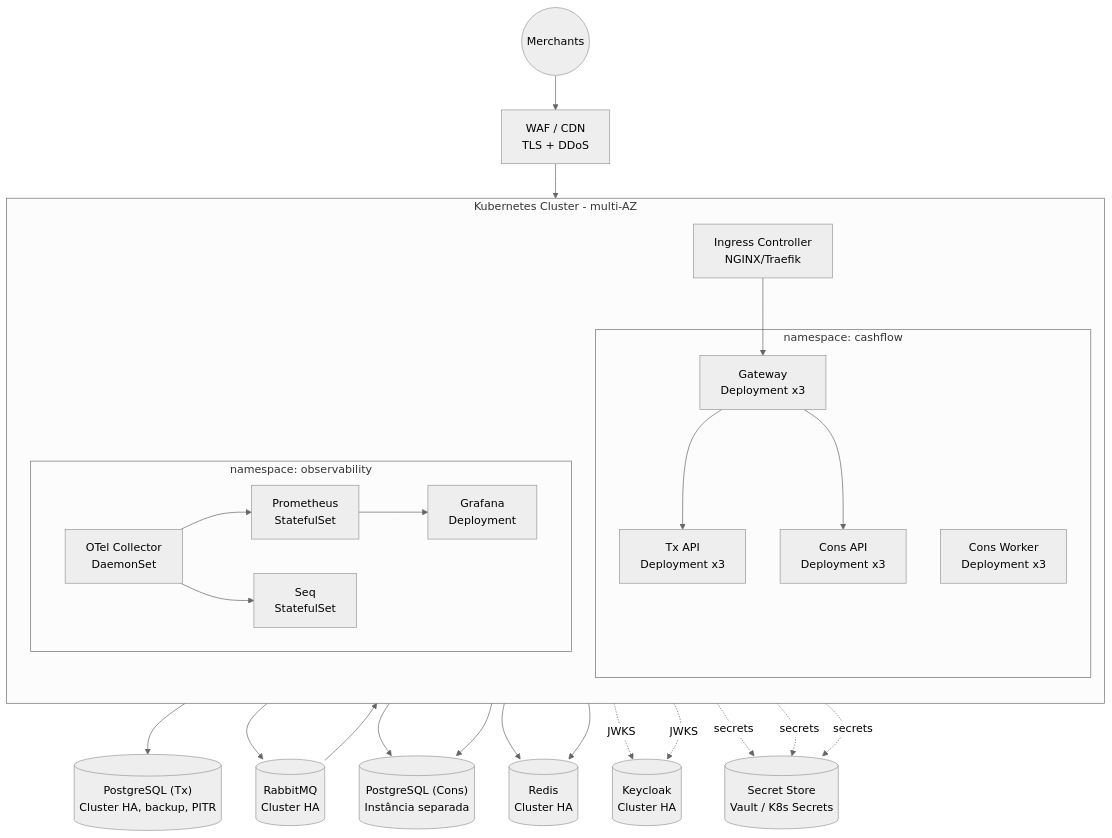
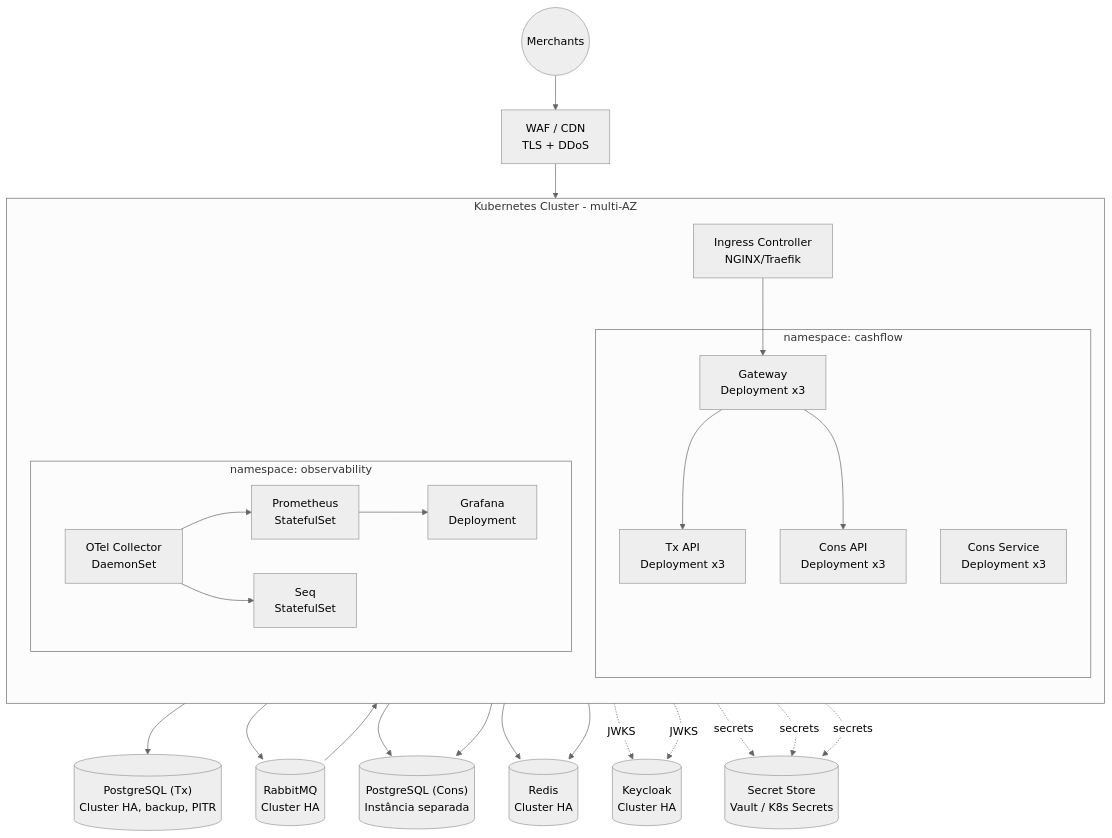
The third of 4 diagrams in docs/architecture/deployment.md (vldmatos/Daily-Cash-Flow), drawn with Mermaid (neutral theme) before and after one commit. The commit also changed other lines of this file and 84 other files, not shown here.

First line of the commit message:
[feat]: applications from architecture for CashFlow

````diff
--- a/docs/architecture/deployment.md
+++ b/docs/architecture/deployment.md
@@ -76,53 +76,53 @@
 ```mermaid
 flowchart TB
     user((Merchants))
     cdn["WAF / CDN<br/>TLS + DDoS"]
     user --> cdn
 
     subgraph k8s [Kubernetes Cluster - multi-AZ]
         direction TB
         ingress[Ingress Controller<br/>NGINX/Traefik]
         subgraph platform [namespace: cashflow]
             gwRs[Gateway<br/>Deployment x3]
             txRs[Tx API<br/>Deployment x3]
             consApiRs[Cons API<br/>Deployment x3]
-            consWkRs[Cons Worker<br/>Deployment x3]
+            consWkRs[Cons Service<br/>Deployment x3]
         end
         subgraph obs [namespace: observability]
             otelDs[OTel Collector<br/>DaemonSet]
             promSts[Prometheus<br/>StatefulSet]
             grafDep[Grafana<br/>Deployment]
             seqSts[Seq<br/>StatefulSet]
         end
     end
 
     cdn --> ingress --> gwRs
     gwRs --> txRs
     gwRs --> consApiRs
 
     mq[("RabbitMQ<br/>Cluster HA")]
     pgTx[("PostgreSQL (Tx)<br/>Cluster HA, backup, PITR")]
     pgCons[("PostgreSQL (Cons)<br/>Instância separada")]
     redis[("Redis<br/>Cluster HA")]
     vault[("Secret Store<br/>Vault / K8s Secrets")]
     kc[("Keycloak<br/>Cluster HA")]
 
     txRs --> pgTx
     txRs --> mq
     mq --> consWkRs
     consWkRs --> pgCons
     consWkRs --> redis
     consApiRs --> redis
     consApiRs --> pgCons
 
     txRs -.JWKS.-> kc
     consApiRs -.JWKS.-> kc
 
     otelDs --> promSts
     otelDs --> seqSts
     promSts --> grafDep
 
     gwRs -.secrets.-> vault
     txRs -.secrets.-> vault
     consApiRs -.secrets.-> vault
 ```
````
